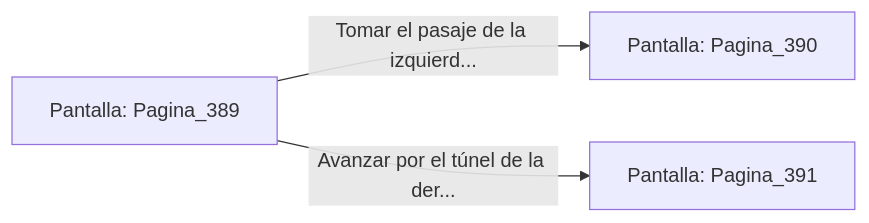
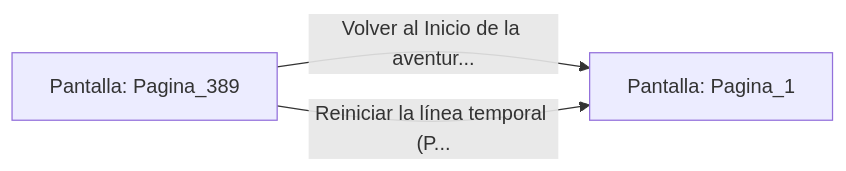
Before and after one commit to metsuke/mpl: the diagram in sample/eligejuego-vault/Pantalla_Pagina_389.md, drawn with Mermaid. The commit also changed other lines of this file and 635 other files, not shown here.

First line of the commit message:
fix: añadir Pagina_1 como pantalla inicial en capitulo_01.mpl

````diff
--- a/sample/eligejuego-vault/Pantalla_Pagina_389.md
+++ b/sample/eligejuego-vault/Pantalla_Pagina_389.md
@@ -20,6 +24,6 @@
 ```mermaid
 graph LR
     P_Pagina_389["Pantalla: Pagina_389"]
-    P_Pagina_389 -->|"Tomar el pasaje de la izquierd..."| P_Pagina_390["Pantalla: Pagina_390"]
-    P_Pagina_389 -->|"Avanzar por el túnel de la der..."| P_Pagina_391["Pantalla: Pagina_391"]
+    P_Pagina_389 -->|"Volver al Inicio de la aventur..."| P_Pagina_1["Pantalla: Pagina_1"]
+    P_Pagina_389 -->|"Reiniciar la línea temporal (P..."| P_Pagina_1["Pantalla: Pagina_1"]
 ```
````
